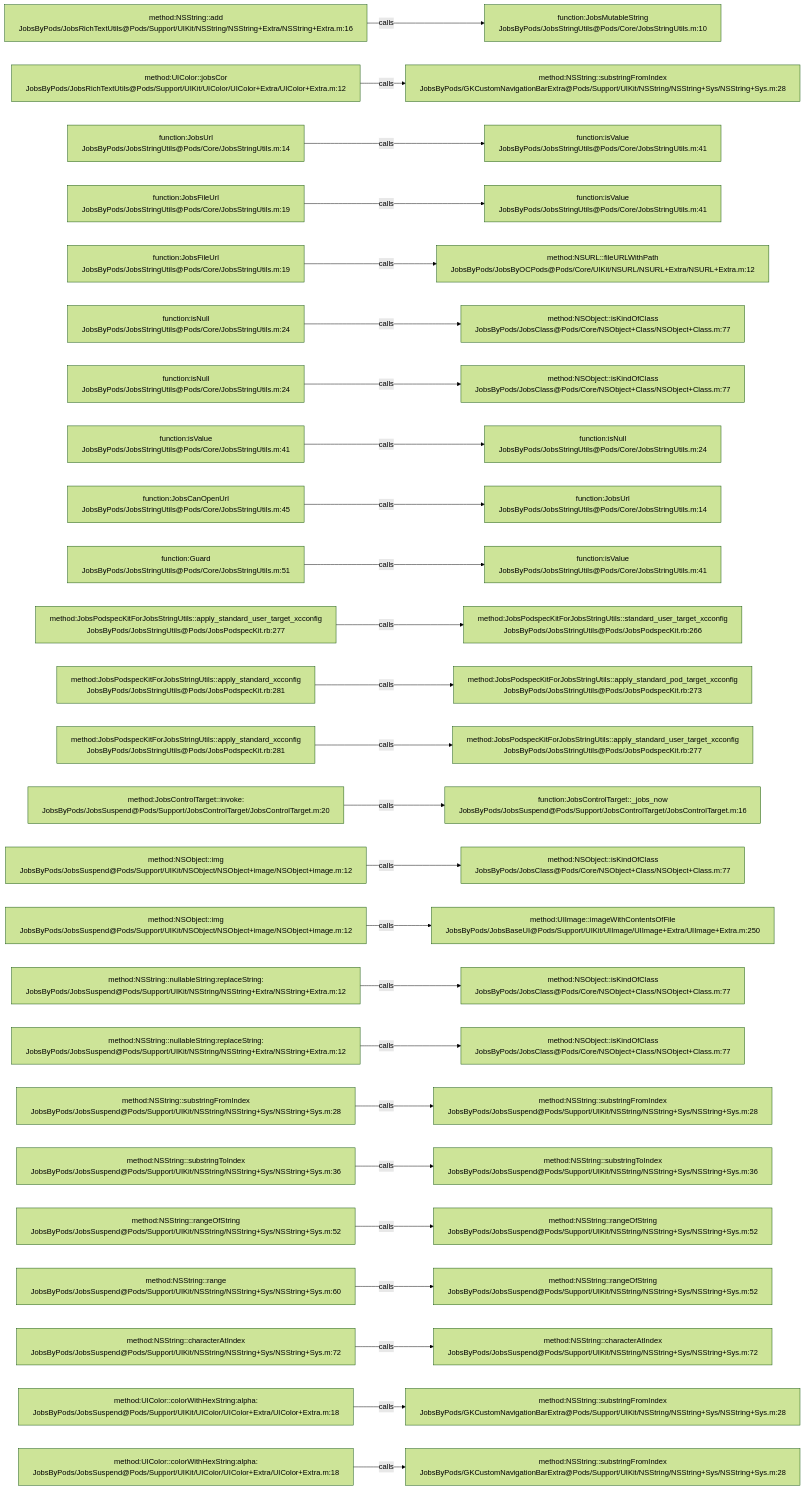
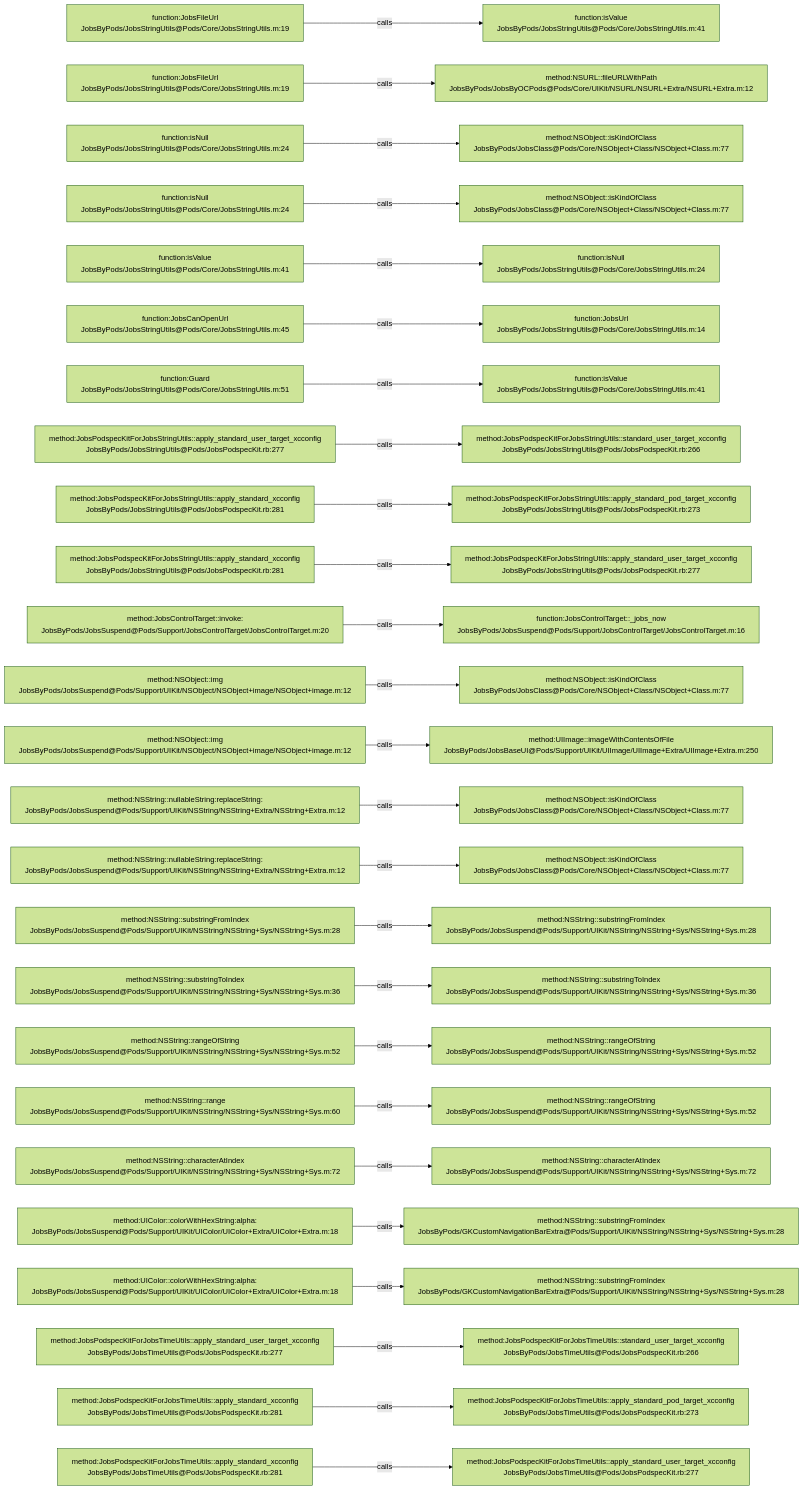
Before and after one commit to JobsKits/JobsOCBaseConfigDemo: the diagram in .codegraph/codegraph.md/graphs/calls-016.md, drawn with Mermaid (forest theme). The commit also changed 342 other files, not shown here.

````diff
--- a/.codegraph/codegraph.md/graphs/calls-016.md
+++ b/.codegraph/codegraph.md/graphs/calls-016.md
@@ -13,78 +13,78 @@
 ```mermaid
 flowchart LR
-  S1["method:NSString::add<br/>JobsByPods/JobsRichTextUtils@Pods/Support/UIKit/NSString/NSString+Extra/NSString+Extra.m:16"]
-  T1["function:JobsMutableString<br/>JobsByPods/JobsStringUtils@Pods/Core/JobsStringUtils.m:10"]
+  S1["function:JobsFileUrl<br/>JobsByPods/JobsStringUtils@Pods/Core/JobsStringUtils.m:19"]
+  T1["function:isValue<br/>JobsByPods/JobsStringUtils@Pods/Core/JobsStringUtils.m:41"]
   S1 -->|calls| T1
-  S2["method:UIColor::jobsCor<br/>JobsByPods/JobsRichTextUtils@Pods/Support/UIKit/UIColor/UIColor+Extra/UIColor+Extra.m:12"]
-  T2["method:NSString::substringFromIndex<br/>JobsByPods/GKCustomNavigationBarExtra@Pods/Support/UIKit/NSString/NSString+Sys/NSString+Sys.m:28"]
+  S2["function:JobsFileUrl<br/>JobsByPods/JobsStringUtils@Pods/Core/JobsStringUtils.m:19"]
+  T2["method:NSURL::fileURLWithPath<br/>JobsByPods/JobsByOCPods@Pods/Core/UIKit/NSURL/NSURL+Extra/NSURL+Extra.m:12"]
   S2 -->|calls| T2
-  S3["function:JobsUrl<br/>JobsByPods/JobsStringUtils@Pods/Core/JobsStringUtils.m:14"]
-  T3["function:isValue<br/>JobsByPods/JobsStringUtils@Pods/Core/JobsStringUtils.m:41"]
+  S3["function:isNull<br/>JobsByPods/JobsStringUtils@Pods/Core/JobsStringUtils.m:24"]
+  T3["method:NSObject::isKindOfClass<br/>JobsByPods/JobsClass@Pods/Core/NSObject+Class/NSObject+Class.m:77"]
   S3 -->|calls| T3
-  S4["function:JobsFileUrl<br/>JobsByPods/JobsStringUtils@Pods/Core/JobsStringUtils.m:19"]
-  T4["function:isValue<br/>JobsByPods/JobsStringUtils@Pods/Core/JobsStringUtils.m:41"]
+  S4["function:isNull<br/>JobsByPods/JobsStringUtils@Pods/Core/JobsStringUtils.m:24"]
+  T4["method:NSObject::isKindOfClass<br/>JobsByPods/JobsClass@Pods/Core/NSObject+Class/NSObject+Class.m:77"]
   S4 -->|calls| T4
-  S5["function:JobsFileUrl<br/>JobsByPods/JobsStringUtils@Pods/Core/JobsStringUtils.m:19"]
-  T5["method:NSURL::fileURLWithPath<br/>JobsByPods/JobsByOCPods@Pods/Core/UIKit/NSURL/NSURL+Extra/NSURL+Extra.m:12"]
+  S5["function:isValue<br/>JobsByPods/JobsStringUtils@Pods/Core/JobsStringUtils.m:41"]
+  T5["function:isNull<br/>JobsByPods/JobsStringUtils@Pods/Core/JobsStringUtils.m:24"]
   S5 -->|calls| T5
-  S6["function:isNull<br/>JobsByPods/JobsStringUtils@Pods/Core/JobsStringUtils.m:24"]
-  T6["method:NSObject::isKindOfClass<br/>JobsByPods/JobsClass@Pods/Core/NSObject+Class/NSObject+Class.m:77"]
+  S6["function:JobsCanOpenUrl<br/>JobsByPods/JobsStringUtils@Pods/Core/JobsStringUtils.m:45"]
+  T6["function:JobsUrl<br/>JobsByPods/JobsStringUtils@Pods/Core/JobsStringUtils.m:14"]
   S6 -->|calls| T6
-  S7["function:isNull<br/>JobsByPods/JobsStringUtils@Pods/Core/JobsStringUtils.m:24"]
-  T7["method:NSObject::isKindOfClass<br/>JobsByPods/JobsClass@Pods/Core/NSObject+Class/NSObject+Class.m:77"]
+  S7["function:Guard<br/>JobsByPods/JobsStringUtils@Pods/Core/JobsStringUtils.m:51"]
+  T7["function:isValue<br/>JobsByPods/JobsStringUtils@Pods/Core/JobsStringUtils.m:41"]
   S7 -->|calls| T7
-  S8["function:isValue<br/>JobsByPods/JobsStringUtils@Pods/Core/JobsStringUtils.m:41"]
-  T8["function:isNull<br/>JobsByPods/JobsStringUtils@Pods/Core/JobsStringUtils.m:24"]
+  S8["method:JobsPodspecKitForJobsStringUtils::apply_standard_user_target_xcconfig<br/>JobsByPods/JobsStringUtils@Pods/JobsPodspecKit.rb:277"]
+  T8["method:JobsPodspecKitForJobsStringUtils::standard_user_target_xcconfig<br/>JobsByPods/JobsStringUtils@Pods/JobsPodspecKit.rb:266"]
   S8 -->|calls| T8
-  S9["function:JobsCanOpenUrl<br/>JobsByPods/JobsStringUtils@Pods/Core/JobsStringUtils.m:45"]
-  T9["function:JobsUrl<br/>JobsByPods/JobsStringUtils@Pods/Core/JobsStringUtils.m:14"]
+  S9["method:JobsPodspecKitForJobsStringUtils::apply_standard_xcconfig<br/>JobsByPods/JobsStringUtils@Pods/JobsPodspecKit.rb:281"]
+  T9["method:JobsPodspecKitForJobsStringUtils::apply_standard_pod_target_xcconfig<br/>JobsByPods/JobsStringUtils@Pods/JobsPodspecKit.rb:273"]
   S9 -->|calls| T9
-  S10["function:Guard<br/>JobsByPods/JobsStringUtils@Pods/Core/JobsStringUtils.m:51"]
-  T10["function:isValue<br/>JobsByPods/JobsStringUtils@Pods/Core/JobsStringUtils.m:41"]
+  S10["method:JobsPodspecKitForJobsStringUtils::apply_standard_xcconfig<br/>JobsByPods/JobsStringUtils@Pods/JobsPodspecKit.rb:281"]
+  T10["method:JobsPodspecKitForJobsStringUtils::apply_standard_user_target_xcconfig<br/>JobsByPods/JobsStringUtils@Pods/JobsPodspecKit.rb:277"]
   S10 -->|calls| T10
-  S11["method:JobsPodspecKitForJobsStringUtils::apply_standard_user_target_xcconfig<br/>JobsByPods/JobsStringUtils@Pods/JobsPodspecKit.rb:277"]
-  T11["method:JobsPodspecKitForJobsStringUtils::standard_user_target_xcconfig<br/>JobsByPods/JobsStringUtils@Pods/JobsPodspecKit.rb:266"]
+  S11["method:JobsControlTarget::invoke:<br/>JobsByPods/JobsSuspend@Pods/Support/JobsControlTarget/JobsControlTarget.m:20"]
+  T11["function:JobsControlTarget::_jobs_now<br/>JobsByPods/JobsSuspend@Pods/Support/JobsControlTarget/JobsControlTarget.m:16"]
   S11 -->|calls| T11
-  S12["method:JobsPodspecKitForJobsStringUtils::apply_standard_xcconfig<br/>JobsByPods/JobsStringUtils@Pods/JobsPodspecKit.rb:281"]
-  T12["method:JobsPodspecKitForJobsStringUtils::apply_standard_pod_target_xcconfig<br/>JobsByPods/JobsStringUtils@Pods/JobsPodspecKit.rb:273"]
+  S12["method:NSObject::img<br/>JobsByPods/JobsSuspend@Pods/Support/UIKit/NSObject/NSObject+image/NSObject+image.m:12"]
+  T12["method:NSObject::isKindOfClass<br/>JobsByPods/JobsClass@Pods/Core/NSObject+Class/NSObject+Class.m:77"]
   S12 -->|calls| T12
-  S13["method:JobsPodspecKitForJobsStringUtils::apply_standard_xcconfig<br/>JobsByPods/JobsStringUtils@Pods/JobsPodspecKit.rb:281"]
-  T13["method:JobsPodspecKitForJobsStringUtils::apply_standard_user_target_xcconfig<br/>JobsByPods/JobsStringUtils@Pods/JobsPodspecKit.rb:277"]
+  S13["method:NSObject::img<br/>JobsByPods/JobsSuspend@Pods/Support/UIKit/NSObject/NSObject+image/NSObject+image.m:12"]
+  T13["method:UIImage::imageWithContentsOfFile<br/>JobsByPods/JobsBaseUI@Pods/Support/UIKit/UIImage/UIImage+Extra/UIImage+Extra.m:250"]
   S13 -->|calls| T13
-  S14["method:JobsControlTarget::invoke:<br/>JobsByPods/JobsSuspend@Pods/Support/JobsControlTarget/JobsControlTarget.m:20"]
-  T14["function:JobsControlTarget::_jobs_now<br/>JobsByPods/JobsSuspend@Pods/Support/JobsControlTarget/JobsControlTarget.m:16"]
+  S14["method:NSString::nullableString:replaceString:<br/>JobsByPods/JobsSuspend@Pods/Support/UIKit/NSString/NSString+Extra/NSString+Extra.m:12"]
+  T14["method:NSObject::isKindOfClass<br/>JobsByPods/JobsClass@Pods/Core/NSObject+Class/NSObject+Class.m:77"]
   S14 -->|calls| T14
-  S15["method:NSObject::img<br/>JobsByPods/JobsSuspend@Pods/Support/UIKit/NSObject/NSObject+image/NSObject+image.m:12"]
+  S15["method:NSString::nullableString:replaceString:<br/>JobsByPods/JobsSuspend@Pods/Support/UIKit/NSString/NSString+Extra/NSString+Extra.m:12"]
   T15["method:NSObject::isKindOfClass<br/>JobsByPods/JobsClass@Pods/Core/NSObject+Class/NSObject+Class.m:77"]
   S15 -->|calls| T15
-  S16["method:NSObject::img<br/>JobsByPods/JobsSuspend@Pods/Support/UIKit/NSObject/NSObject+image/NSObject+image.m:12"]
-  T16["method:UIImage::imageWithContentsOfFile<br/>JobsByPods/JobsBaseUI@Pods/Support/UIKit/UIImage/UIImage+Extra/UIImage+Extra.m:250"]
+  S16["method:NSString::substringFromIndex<br/>JobsByPods/JobsSuspend@Pods/Support/UIKit/NSString/NSString+Sys/NSString+Sys.m:28"]
+  T16["method:NSString::substringFromIndex<br/>JobsByPods/JobsSuspend@Pods/Support/UIKit/NSString/NSString+Sys/NSString+Sys.m:28"]
   S16 -->|calls| T16
-  S17["method:NSString::nullableString:replaceString:<br/>JobsByPods/JobsSuspend@Pods/Support/UIKit/NSString/NSString+Extra/NSString+Extra.m:12"]
-  T17["method:NSObject::isKindOfClass<br/>JobsByPods/JobsClass@Pods/Core/NSObject+Class/NSObject+Class.m:77"]
+  S17["method:NSString::substringToIndex<br/>JobsByPods/JobsSuspend@Pods/Support/UIKit/NSString/NSString+Sys/NSString+Sys.m:36"]
+  T17["method:NSString::substringToIndex<br/>JobsByPods/JobsSuspend@Pods/Support/UIKit/NSString/NSString+Sys/NSString+Sys.m:36"]
   S17 -->|calls| T17
-  S18["method:NSString::nullableString:replaceString:<br/>JobsByPods/JobsSuspend@Pods/Support/UIKit/NSString/NSString+Extra/NSString+Extra.m:12"]
-  T18["method:NSObject::isKindOfClass<br/>JobsByPods/JobsClass@Pods/Core/NSObject+Class/NSObject+Class.m:77"]
+  S18["method:NSString::rangeOfString<br/>JobsByPods/JobsSuspend@Pods/Support/UIKit/NSString/NSString+Sys/NSString+Sys.m:52"]
+  T18["method:NSString::rangeOfString<br/>JobsByPods/JobsSuspend@Pods/Support/UIKit/NSString/NSString+Sys/NSString+Sys.m:52"]
   S18 -->|calls| T18
-  S19["method:NSString::substringFromIndex<br/>JobsByPods/JobsSuspend@Pods/Support/UIKit/NSString/NSString+Sys/NSString+Sys.m:28"]
-  T19["method:NSString::substringFromIndex<br/>JobsByPods/JobsSuspend@Pods/Support/UIKit/NSString/NSString+Sys/NSString+Sys.m:28"]
+  S19["method:NSString::range<br/>JobsByPods/JobsSuspend@Pods/Support/UIKit/NSString/NSString+Sys/NSString+Sys.m:60"]
+  T19["method:NSString::rangeOfString<br/>JobsByPods/JobsSuspend@Pods/Support/UIKit/NSString/NSString+Sys/NSString+Sys.m:52"]
   S19 -->|calls| T19
-  S20["method:NSString::substringToIndex<br/>JobsByPods/JobsSuspend@Pods/Support/UIKit/NSString/NSString+Sys/NSString+Sys.m:36"]
-  T20["method:NSString::substringToIndex<br/>JobsByPods/JobsSuspend@Pods/Support/UIKit/NSString/NSString+Sys/NSString+Sys.m:36"]
+  S20["method:NSString::characterAtIndex<br/>JobsByPods/JobsSuspend@Pods/Support/UIKit/NSString/NSString+Sys/NSString+Sys.m:72"]
+  T20["method:NSString::characterAtIndex<br/>JobsByPods/JobsSuspend@Pods/Support/UIKit/NSString/NSString+Sys/NSString+Sys.m:72"]
   S20 -->|calls| T20
-  S21["method:NSString::rangeOfString<br/>JobsByPods/JobsSuspend@Pods/Support/UIKit/NSString/NSString+Sys/NSString+Sys.m:52"]
-  T21["method:NSString::rangeOfString<br/>JobsByPods/JobsSuspend@Pods/Support/UIKit/NSString/NSString+Sys/NSString+Sys.m:52"]
+  S21["method:UIColor::colorWithHexString:alpha:<br/>JobsByPods/JobsSuspend@Pods/Support/UIKit/UIColor/UIColor+Extra/UIColor+Extra.m:18"]
+  T21["method:NSString::substringFromIndex<br/>JobsByPods/GKCustomNavigationBarExtra@Pods/Support/UIKit/NSString/NSString+Sys/NSString+Sys.m:28"]
   S21 -->|calls| T21
-  S22["method:NSString::range<br/>JobsByPods/JobsSuspend@Pods/Support/UIKit/NSString/NSString+Sys/NSString+Sys.m:60"]
-  T22["method:NSString::rangeOfString<br/>JobsByPods/JobsSuspend@Pods/Support/UIKit/NSString/NSString+Sys/NSString+Sys.m:52"]
+  S22["method:UIColor::colorWithHexString:alpha:<br/>JobsByPods/JobsSuspend@Pods/Support/UIKit/UIColor/UIColor+Extra/UIColor+Extra.m:18"]
+  T22["method:NSString::substringFromIndex<br/>JobsByPods/GKCustomNavigationBarExtra@Pods/Support/UIKit/NSString/NSString+Sys/NSString+Sys.m:28"]
   S22 -->|calls| T22
-  S23["method:NSString::characterAtIndex<br/>JobsByPods/JobsSuspend@Pods/Support/UIKit/NSString/NSString+Sys/NSString+Sys.m:72"]
-  T23["method:NSString::characterAtIndex<br/>JobsByPods/JobsSuspend@Pods/Support/UIKit/NSString/NSString+Sys/NSString+Sys.m:72"]
+  S23["method:JobsPodspecKitForJobsTimeUtils::apply_standard_user_target_xcconfig<br/>JobsByPods/JobsTimeUtils@Pods/JobsPodspecKit.rb:277"]
+  T23["method:JobsPodspecKitForJobsTimeUtils::standard_user_target_xcconfig<br/>JobsByPods/JobsTimeUtils@Pods/JobsPodspecKit.rb:266"]
   S23 -->|calls| T23
-  S24["method:UIColor::colorWithHexString:alpha:<br/>JobsByPods/JobsSuspend@Pods/Support/UIKit/UIColor/UIColor+Extra/UIColor+Extra.m:18"]
-  T24["method:NSString::substringFromIndex<br/>JobsByPods/GKCustomNavigationBarExtra@Pods/Support/UIKit/NSString/NSString+Sys/NSString+Sys.m:28"]
+  S24["method:JobsPodspecKitForJobsTimeUtils::apply_standard_xcconfig<br/>JobsByPods/JobsTimeUtils@Pods/JobsPodspecKit.rb:281"]
+  T24["method:JobsPodspecKitForJobsTimeUtils::apply_standard_pod_target_xcconfig<br/>JobsByPods/JobsTimeUtils@Pods/JobsPodspecKit.rb:273"]
   S24 -->|calls| T24
-  S25["method:UIColor::colorWithHexString:alpha:<br/>JobsByPods/JobsSuspend@Pods/Support/UIKit/UIColor/UIColor+Extra/UIColor+Extra.m:18"]
-  T25["method:NSString::substringFromIndex<br/>JobsByPods/GKCustomNavigationBarExtra@Pods/Support/UIKit/NSString/NSString+Sys/NSString+Sys.m:28"]
+  S25["method:JobsPodspecKitForJobsTimeUtils::apply_standard_xcconfig<br/>JobsByPods/JobsTimeUtils@Pods/JobsPodspecKit.rb:281"]
+  T25["method:JobsPodspecKitForJobsTimeUtils::apply_standard_user_target_xcconfig<br/>JobsByPods/JobsTimeUtils@Pods/JobsPodspecKit.rb:277"]
   S25 -->|calls| T25
 ```
````
